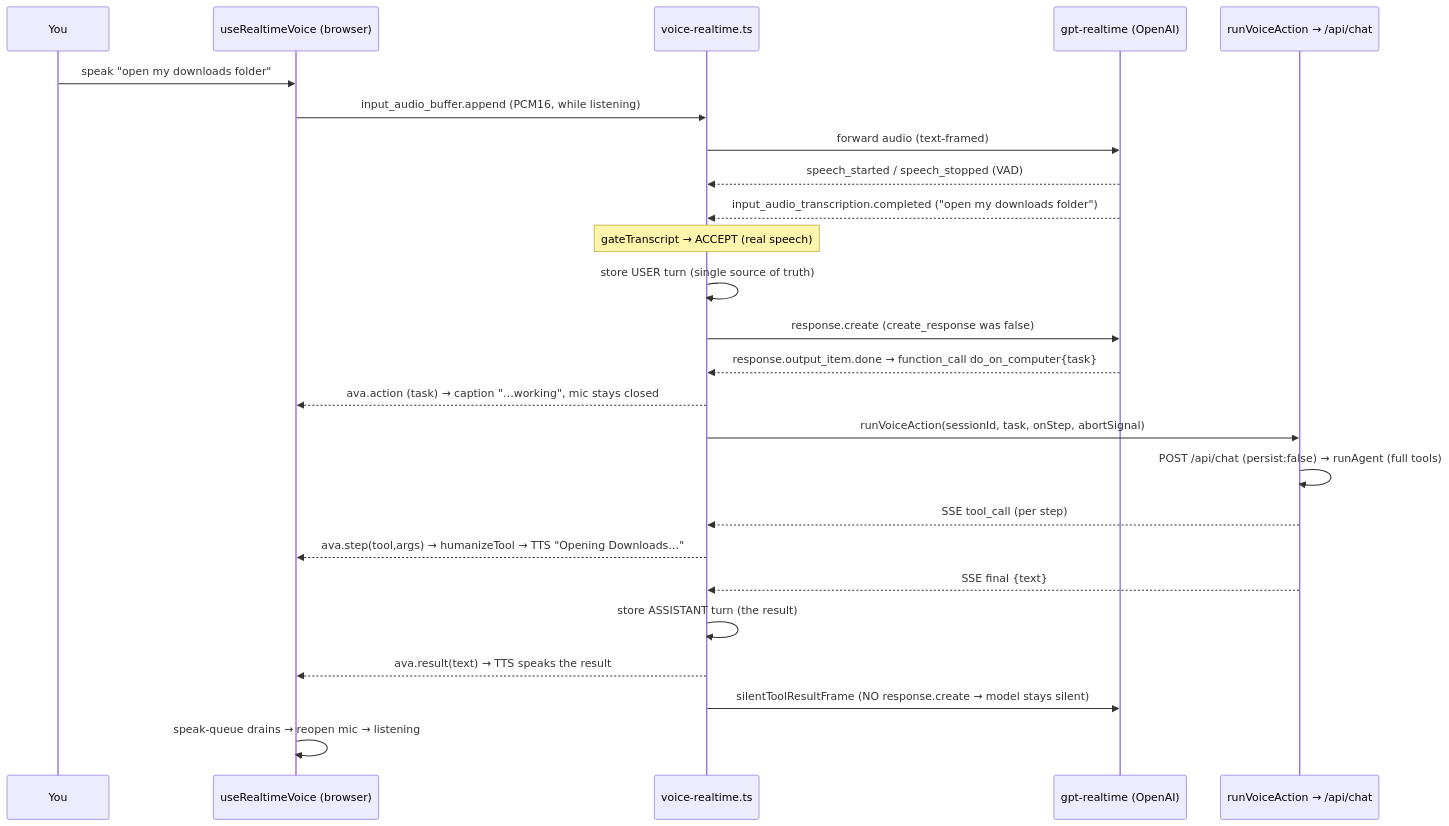
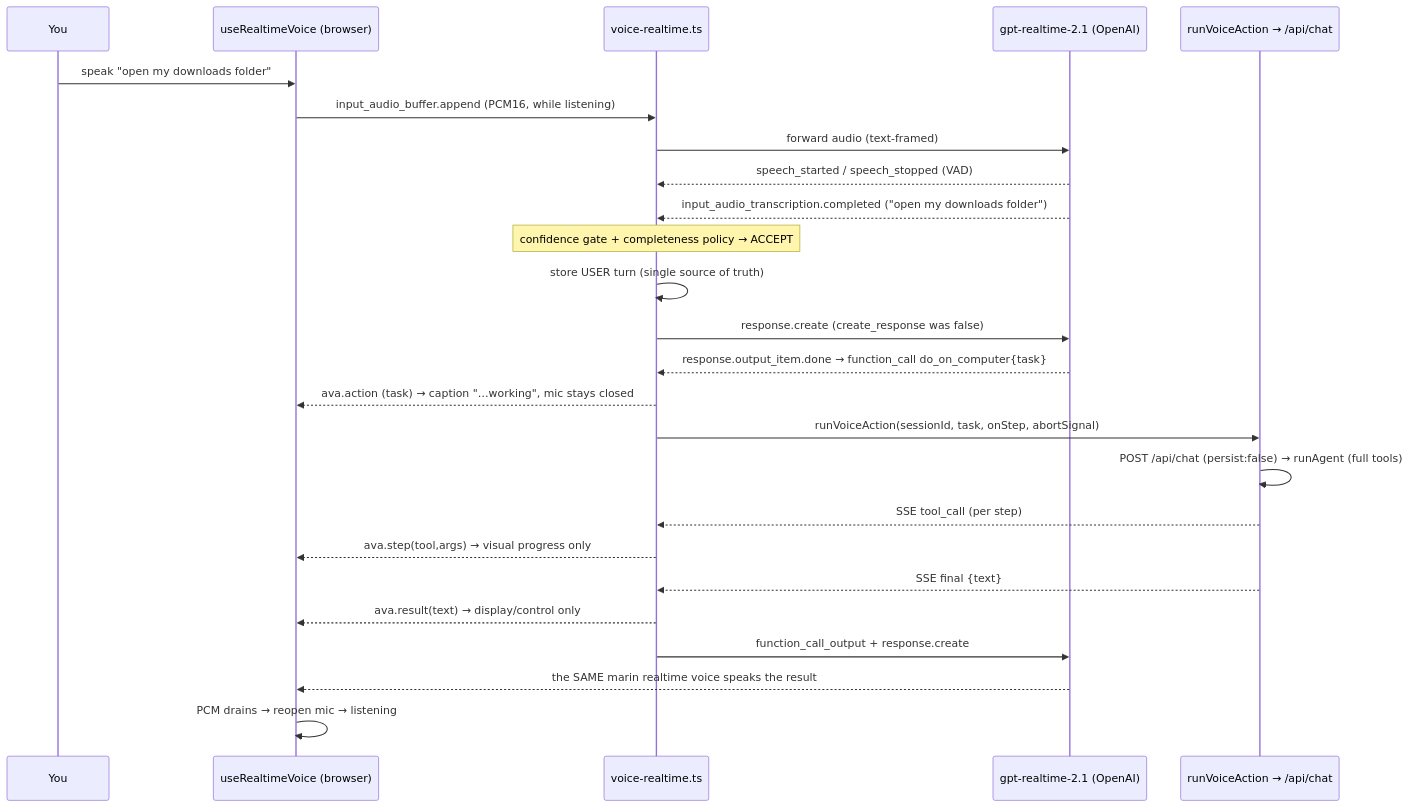
Before and after one commit to NikoloziGagua/AVA: the third of 7 diagrams in docs/architecture/06-voice-pipeline.md, drawn with Mermaid. The commit also changed other lines of this file and 23 other files, not shown here.

First line of the commit message:
feat(voice): speech-to-speech with an action bridge, and an honest turn gate

````diff
--- a/docs/architecture/06-voice-pipeline.md
+++ b/docs/architecture/06-voice-pipeline.md
@@ -262,28 +289,28 @@
 ```mermaid
 sequenceDiagram
   participant You
   participant Hook as useRealtimeVoice (browser)
   participant Proxy as voice-realtime.ts
-  participant RT as gpt-realtime (OpenAI)
+  participant RT as gpt-realtime-2.1 (OpenAI)
   participant Agent as runVoiceAction → /api/chat
 
   You->>Hook: speak "open my downloads folder"
   Hook->>Proxy: input_audio_buffer.append (PCM16, while listening)
   Proxy->>RT: forward audio (text-framed)
   RT-->>Proxy: speech_started / speech_stopped (VAD)
   RT-->>Proxy: input_audio_transcription.completed ("open my downloads folder")
-  Note over Proxy: gateTranscript → ACCEPT (real speech)
+  Note over Proxy: confidence gate + completeness policy → ACCEPT
   Proxy->>Proxy: store USER turn (single source of truth)
   Proxy->>RT: response.create  (create_response was false)
   RT-->>Proxy: response.output_item.done → function_call do_on_computer{task}
   Proxy-->>Hook: ava.action (task)  → caption "…working", mic stays closed
   Proxy->>Agent: runVoiceAction(sessionId, task, onStep, abortSignal)
   Agent->>Agent: POST /api/chat (persist:false) → runAgent (full tools)
   Agent-->>Proxy: SSE tool_call (per step)
-  Proxy-->>Hook: ava.step(tool,args) → humanizeTool → TTS "Opening Downloads…"
+  Proxy-->>Hook: ava.step(tool,args) → visual progress only
   Agent-->>Proxy: SSE final {text}
-  Proxy->>Proxy: store ASSISTANT turn (the result)
-  Proxy-->>Hook: ava.result(text) → TTS speaks the result
-  Proxy->>RT: silentToolResultFrame (NO response.create → model stays silent)
-  Hook->>Hook: speak-queue drains → reopen mic → listening
+  Proxy-->>Hook: ava.result(text) → display/control only
+  Proxy->>RT: function_call_output + response.create
+  RT-->>Hook: the SAME marin realtime voice speaks the result
+  Hook->>Hook: PCM drains → reopen mic → listening
 ```
````
